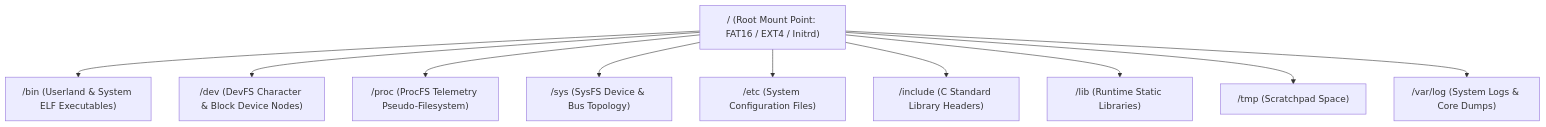
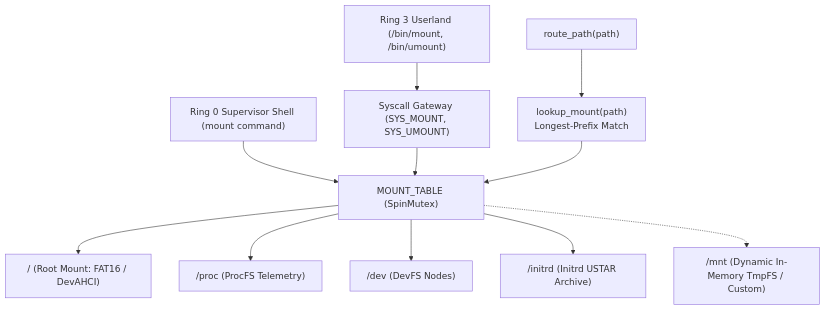
One commit to mrvlous/keira changed the diagram in docs/fs/vfs/mount.md. Above: the diagram before and after it, drawn with Mermaid. The commit also changed other lines of this file, not shown here.

Commit message:
docs(fs): update VFS mount documentation with dynamic mount table architecture

````diff
--- a/docs/fs/vfs/mount.md
+++ b/docs/fs/vfs/mount.md
@@ -11,13 +11,15 @@
 ```mermaid
 graph TD
-    Root["/ (Root Mount Point: FAT16 / EXT4 / Initrd)"]
-    Root --> Bin["/bin (Userland & System ELF Executables)"]
-    Root --> Dev["/dev (DevFS Character & Block Device Nodes)"]
-    Root --> Proc["/proc (ProcFS Telemetry Pseudo-Filesystem)"]
-    Root --> Sys["/sys (SysFS Device & Bus Topology)"]
-    Root --> Etc["/etc (System Configuration Files)"]
-    Root --> Inc["/include (C Standard Library Headers)"]
-    Root --> Lib["/lib (Runtime Static Libraries)"]
-    Root --> Tmp["/tmp (Scratchpad Space)"]
-    Root --> Var["/var/log (System Logs & Core Dumps)"]
+    UserLand["Ring 3 Userland (/bin/mount, /bin/umount)"] --> SyscallGateway["Syscall Gateway (SYS_MOUNT, SYS_UMOUNT)"]
+    SupervisorShell["Ring 0 Supervisor Shell (mount command)"] --> MountTable["MOUNT_TABLE (SpinMutex<MountTable>)"]
+    SyscallGateway --> MountTable
+    
+    PathRouter["route_path(path)"] --> Lookup["lookup_mount(path)<br/>Longest-Prefix Match"]
+    Lookup --> MountTable
+    
+    MountTable --> RootFAT["/ (Root Mount: FAT16 / DevAHCI)"]
+    MountTable --> ProcFS["/proc (ProcFS Telemetry)"]
+    MountTable --> DevFS["/dev (DevFS Nodes)"]
+    MountTable --> Initrd["/initrd (Initrd USTAR Archive)"]
+    MountTable -.-> DynamicMnt["/mnt (Dynamic In-Memory TmpFS / Custom)"]
 ```
````
